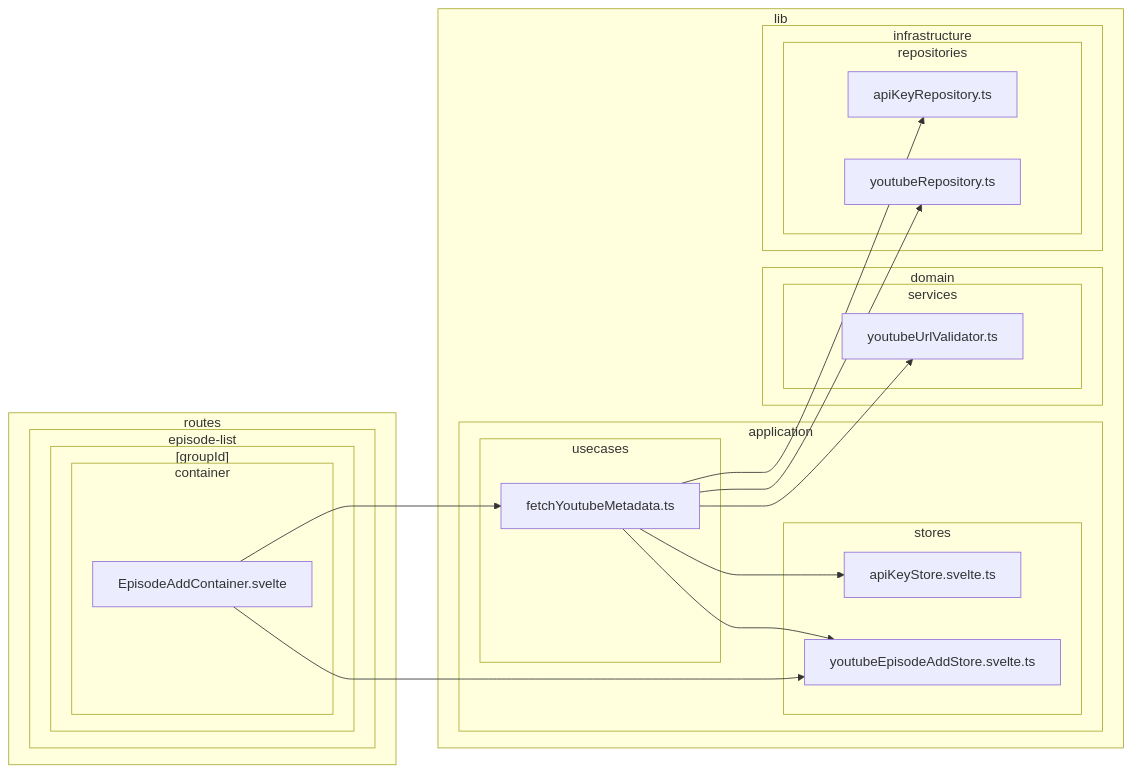
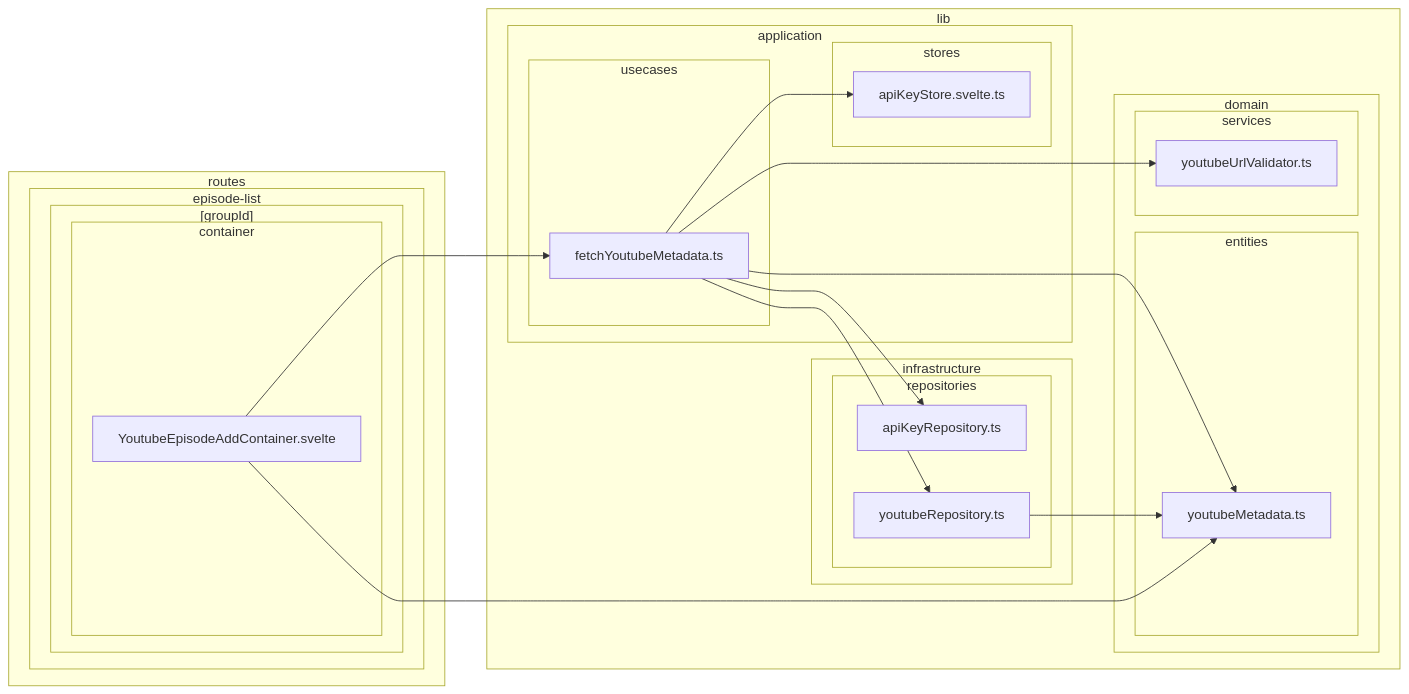
One commit to k5n/kotonoha changed diagram 22 of 38 in doc/dependency-graph.md. Above: the diagram before and after it, drawn with Mermaid. The commit also changed 3 other files, not shown here.

Commit message:
refactor: replace youtubeEpisodeAddStore with direct metadata fetching in YoutubeEpisodeAddContainer and update dependency graphs

````diff
--- a/doc/dependency-graph.md
+++ b/doc/dependency-graph.md
@@ -965,41 +965,44 @@
 ```mermaid
 graph LR
         subgraph sg_lib ["lib"]
             subgraph sg_lib_application ["application"]
                 subgraph sg_lib_application_stores ["stores"]
                     src_lib_application_stores_apiKeyStore_svelte_ts["apiKeyStore.svelte.ts"]
-                    src_lib_application_stores_youtubeEpisodeAddStore_svelte_ts["youtubeEpisodeAddStore.svelte.ts"]
                 end
                 subgraph sg_lib_application_usecases ["usecases"]
                     src_lib_application_usecases_fetchYoutubeMetadata_ts["fetchYoutubeMetadata.ts"]
                 end
             end
             subgraph sg_lib_domain ["domain"]
+                subgraph sg_lib_domain_entities ["entities"]
+                    src_lib_domain_entities_youtubeMetadata_ts["youtubeMetadata.ts"]
+                end
                 subgraph sg_lib_domain_services ["services"]
                     src_lib_domain_services_youtubeUrlValidator_ts["youtubeUrlValidator.ts"]
                 end
             end
             subgraph sg_lib_infrastructure ["infrastructure"]
                 subgraph sg_lib_infrastructure_repositories ["repositories"]
                     src_lib_infrastructure_repositories_apiKeyRepository_ts["apiKeyRepository.ts"]
                     src_lib_infrastructure_repositories_youtubeRepository_ts["youtubeRepository.ts"]
                 end
             end
         end
         subgraph sg_routes ["routes"]
             subgraph sg_routes_episode_list ["episode-list"]
                 subgraph sg_routes_episode_list__groupId_ ["[groupId]"]
                     subgraph sg_routes_episode_list__groupId__container ["container"]
-                        src_routes_episode_list__groupId__container_EpisodeAddContainer_svelte["EpisodeAddContainer.svelte"]
+                        src_routes_episode_list__groupId__container_YoutubeEpisodeAddContainer_svelte["YoutubeEpisodeAddContainer.svelte"]
                     end
                 end
             end
         end
     src_lib_application_usecases_fetchYoutubeMetadata_ts --> src_lib_application_stores_apiKeyStore_svelte_ts
-    src_lib_application_usecases_fetchYoutubeMetadata_ts --> src_lib_application_stores_youtubeEpisodeAddStore_svelte_ts
+    src_lib_application_usecases_fetchYoutubeMetadata_ts --> src_lib_domain_entities_youtubeMetadata_ts
     src_lib_application_usecases_fetchYoutubeMetadata_ts --> src_lib_domain_services_youtubeUrlValidator_ts
     src_lib_application_usecases_fetchYoutubeMetadata_ts --> src_lib_infrastructure_repositories_apiKeyRepository_ts
     src_lib_application_usecases_fetchYoutubeMetadata_ts --> src_lib_infrastructure_repositories_youtubeRepository_ts
-    src_routes_episode_list__groupId__container_EpisodeAddContainer_svelte --> src_lib_application_stores_youtubeEpisodeAddStore_svelte_ts
-    src_routes_episode_list__groupId__container_EpisodeAddContainer_svelte --> src_lib_application_usecases_fetchYoutubeMetadata_ts
+    src_lib_infrastructure_repositories_youtubeRepository_ts --> src_lib_domain_entities_youtubeMetadata_ts
+    src_routes_episode_list__groupId__container_YoutubeEpisodeAddContainer_svelte --> src_lib_application_usecases_fetchYoutubeMetadata_ts
+    src_routes_episode_list__groupId__container_YoutubeEpisodeAddContainer_svelte --> src_lib_domain_entities_youtubeMetadata_ts
 ```
````
